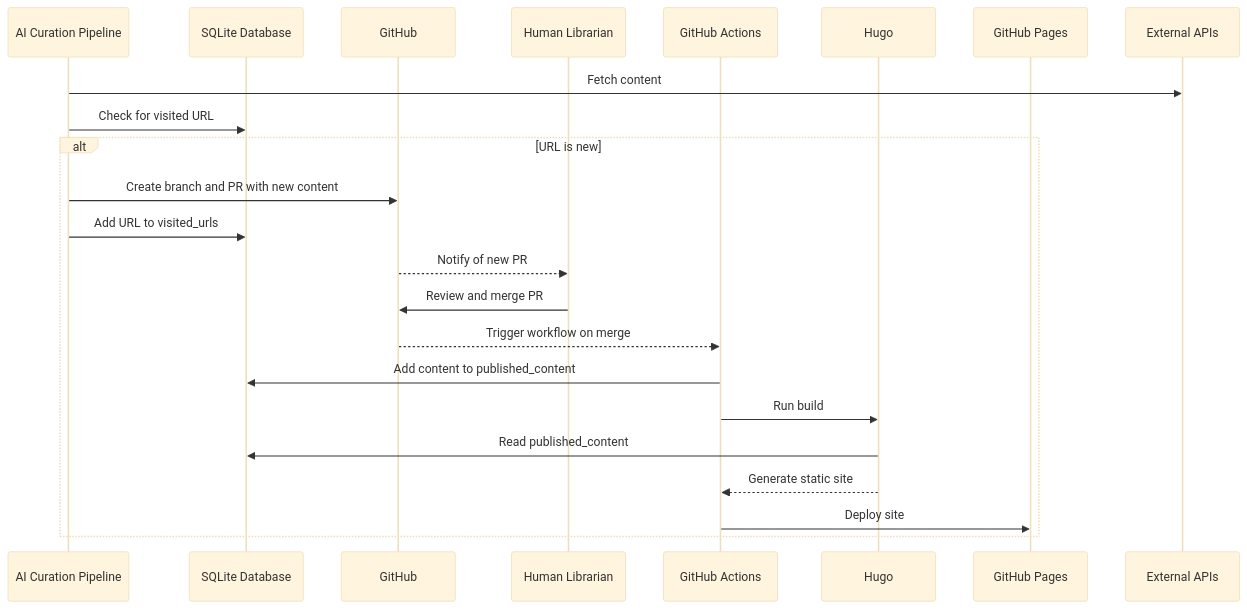
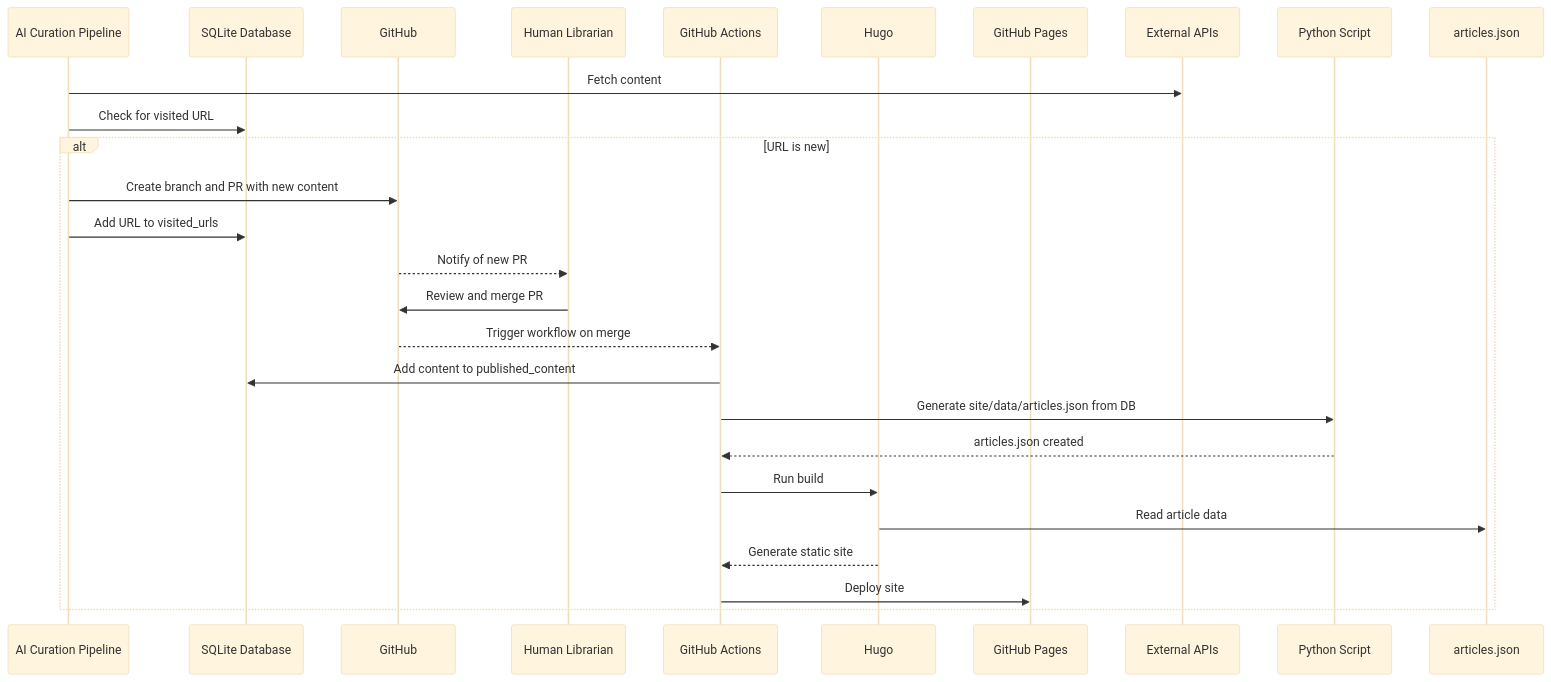
The second of 3 diagrams in docs/architecture.md (thakurajayL/quality-share), drawn with Mermaid (base theme) before and after one commit. The commit also changed other lines of this file and 4 other files, not shown here.

````diff
--- a/docs/architecture.md
+++ b/docs/architecture.md
@@ -129,25 +129,27 @@
 ```mermaid
 sequenceDiagram
     participant AI Curation Pipeline
     participant SQLite Database
     participant GitHub
     participant Human Librarian
     participant GitHub Actions
     participant Hugo
     participant GitHub Pages
 
     AI Curation Pipeline->>External APIs: Fetch content
     AI Curation Pipeline->>SQLite Database: Check for visited URL
     alt URL is new
         AI Curation Pipeline->>GitHub: Create branch and PR with new content
         AI Curation Pipeline->>SQLite Database: Add URL to visited_urls
         GitHub-->>Human Librarian: Notify of new PR
         Human Librarian->>GitHub: Review and merge PR
         GitHub-->>GitHub Actions: Trigger workflow on merge
         GitHub Actions->>SQLite Database: Add content to published_content
+        GitHub Actions->>Python Script: Generate site/data/articles.json from DB
+        Python Script-->>GitHub Actions: articles.json created
         GitHub Actions->>Hugo: Run build
-        Hugo->>SQLite Database: Read published_content
+        Hugo->>articles.json: Read article data
         Hugo-->>GitHub Actions: Generate static site
         GitHub Actions->>GitHub Pages: Deploy site
     end
 ```
````
